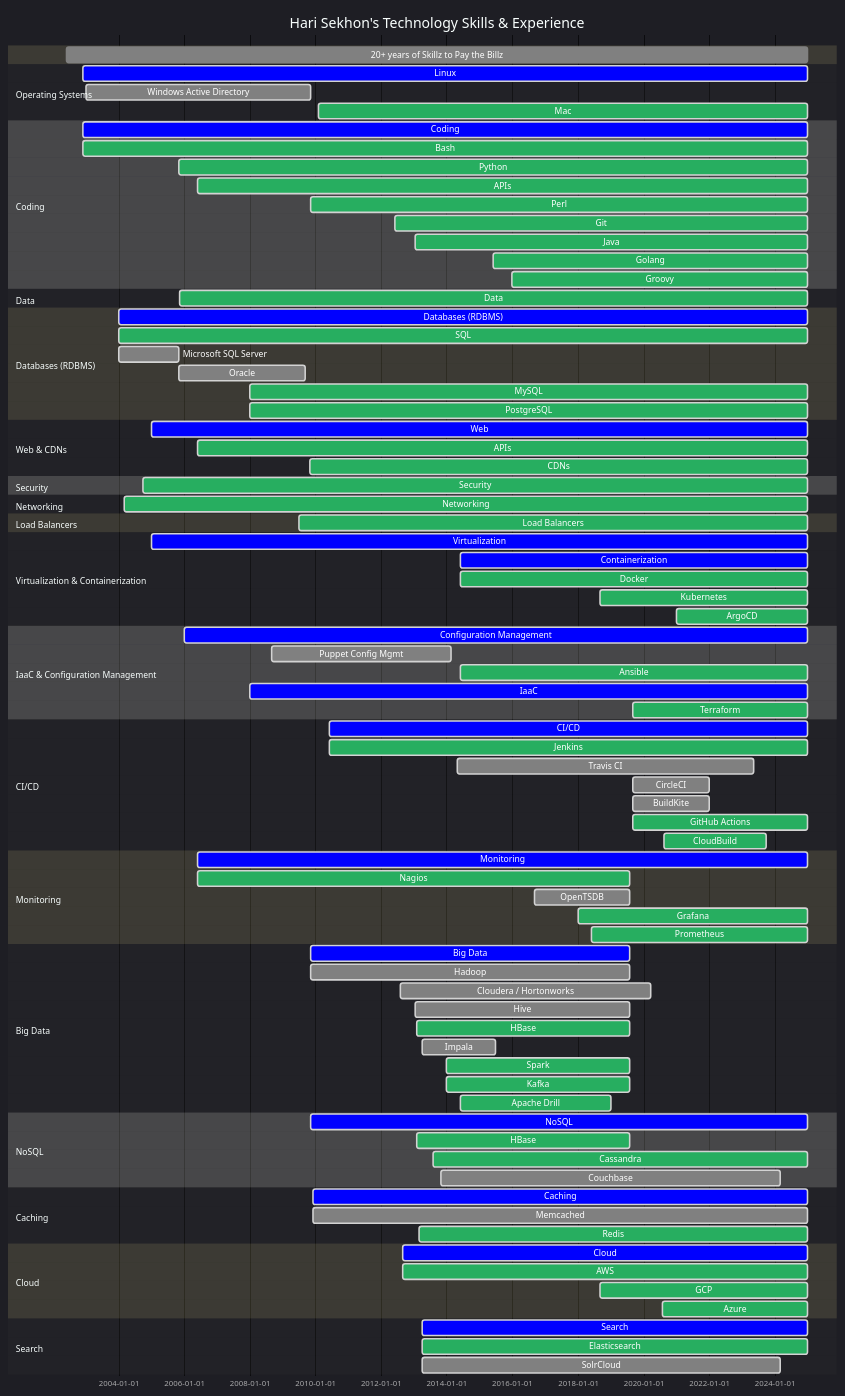
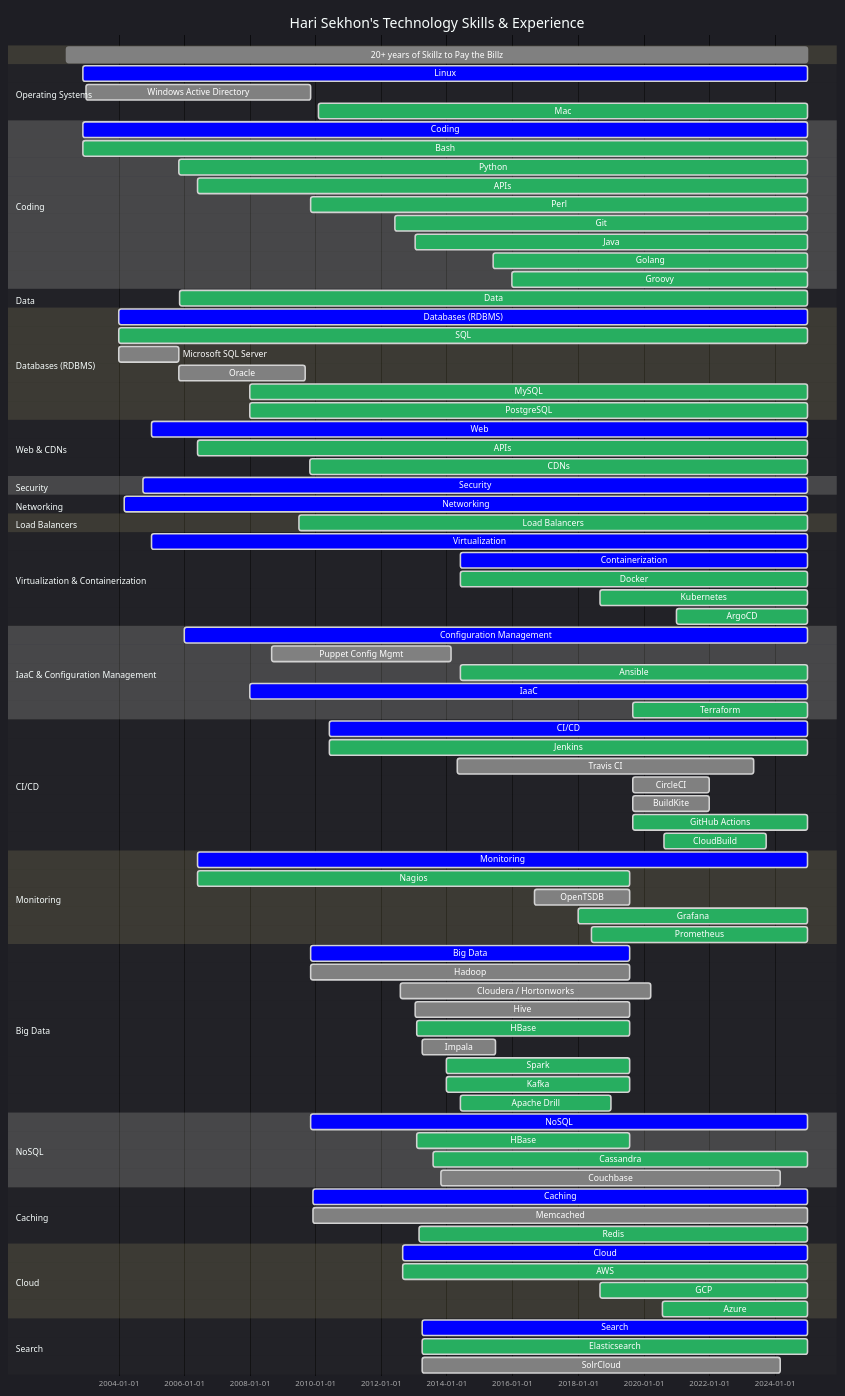
Before and after one commit to HariSekhon/HariSekhon: the diagram in README.md, drawn with Mermaid.

```diff
--- a/README.md
+++ b/README.md
@@ -371,12 +371,12 @@
     %%Cloudflare             : active, 2020-08-20, 2024-12-31
 
     section Security
-    Security               : active, 2004-10-01, 2024-12-31
+    Security               : crit, 2004-10-01, 2024-12-31
     %%Kerberos               : active, 2006-06-01, 2024-12-31
     %%LDAP                   : active, 2006-06-01, 2024-12-31
 
     section Networking
-    Networking             : active, 2004-03-01, 2024-12-31
+    Networking             : crit, 2004-03-01, 2024-12-31
     %%VPNs                   : active, 2006-06-01, 2024-12-31
     %%Cisco - IOS / NX-OS    : done, 2004-03-01, 2024-12-31
     %%Juniper - Netscreen / SSG / SRX / ScreenOS / JunOS : done, 2007-01-01, 2013-01-18
```
